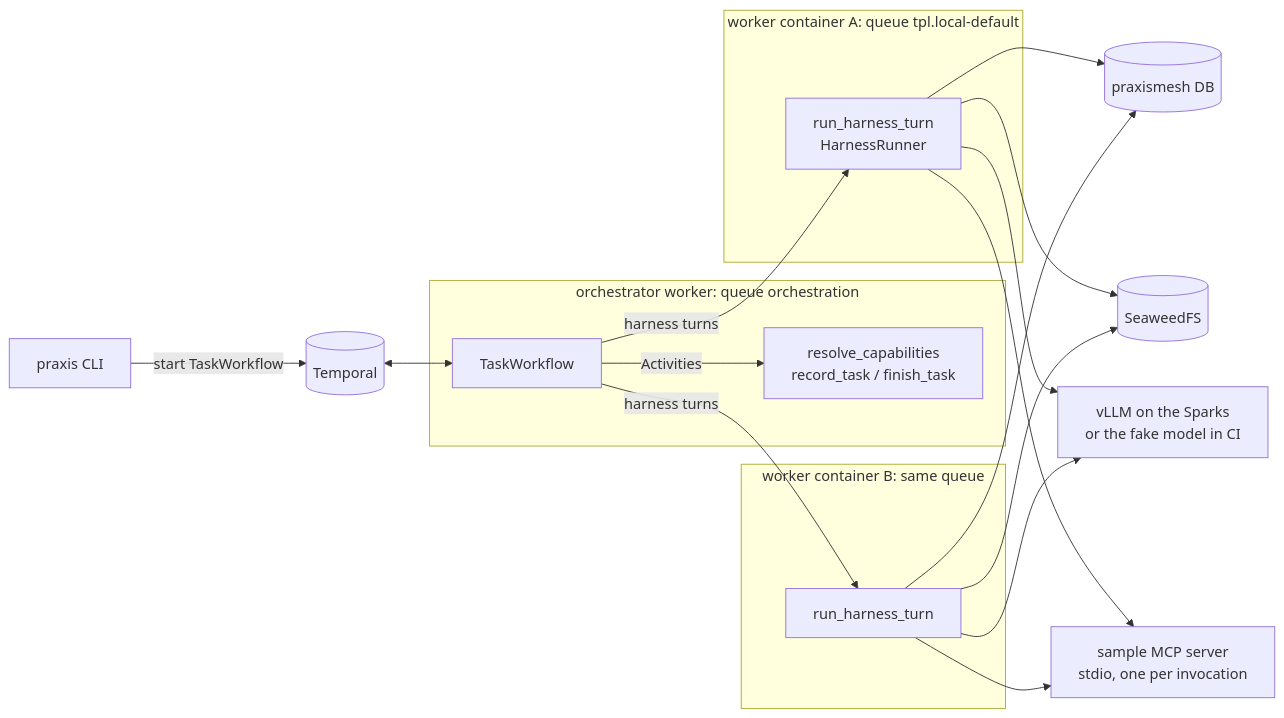
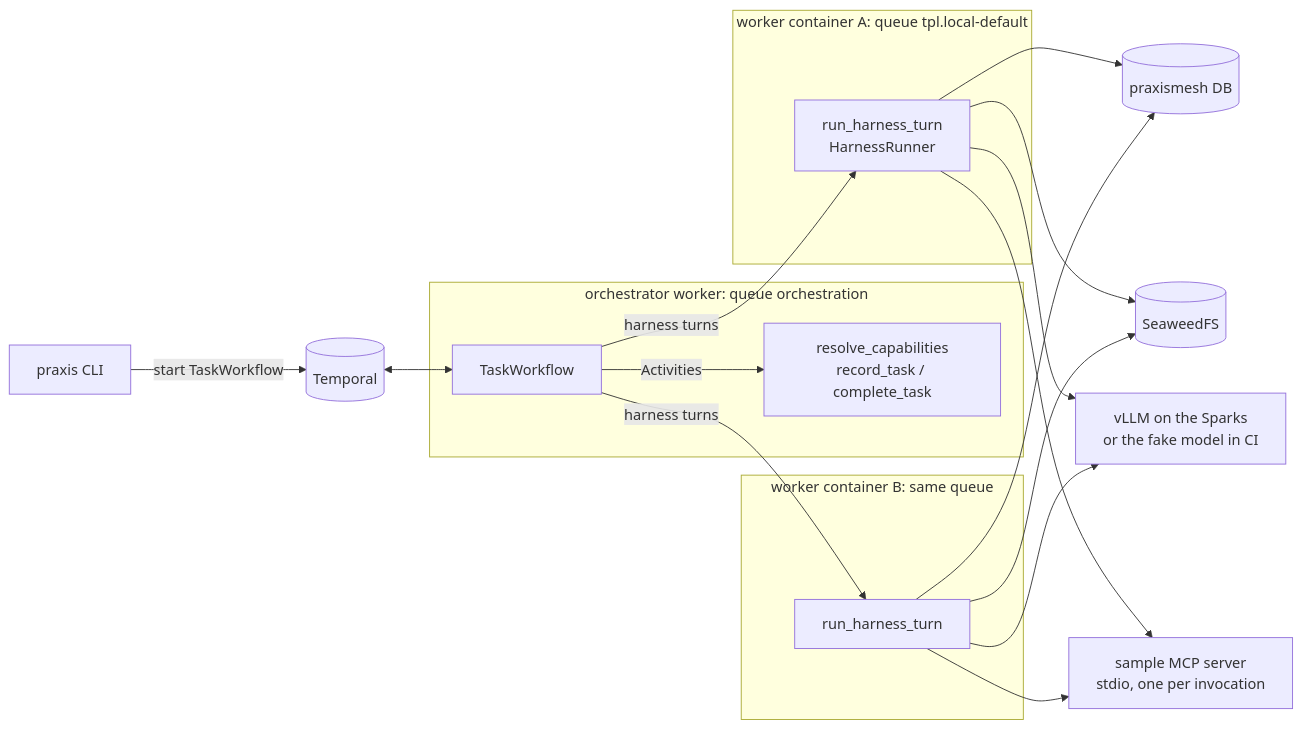
One commit to geosp/praxismesh changed the first of 2 diagrams in docs/rfcs/phase-1-single-agent.md. Above: the diagram before and after it, drawn with Mermaid. The commit also changed other lines of this file and 3 other files, not shown here.

First line of the commit message:
Phase 1 design revision 4: finish_task tool, fresh-start restore, Nits

````diff
--- a/docs/rfcs/phase-1-single-agent.md
+++ b/docs/rfcs/phase-1-single-agent.md
@@ -66,21 +68,21 @@
 ```mermaid
 flowchart LR
   cli[praxis CLI] -->|start TaskWorkflow| t[(Temporal)]
   subgraph orch [orchestrator worker: queue orchestration]
     wf[TaskWorkflow]
-    acts[resolve_capabilities<br/>record_task / finish_task]
+    acts[resolve_capabilities<br/>record_task / complete_task]
   end
   subgraph w1 [worker container A: queue tpl.local-default]
     h1[run_harness_turn<br/>HarnessRunner]
   end
   subgraph w2 [worker container B: same queue]
     h2[run_harness_turn]
   end
   t <--> wf
   wf -->|Activities| acts
   wf -->|harness turns| h1 & h2
   h1 & h2 --> db[(praxismesh DB)]
   h1 & h2 --> s3[(SeaweedFS)]
   h1 & h2 --> vllm[vLLM on the Sparks<br/>or the fake model in CI]
   h1 & h2 --> mcp[sample MCP server<br/>stdio, one per invocation]
 ```
````
